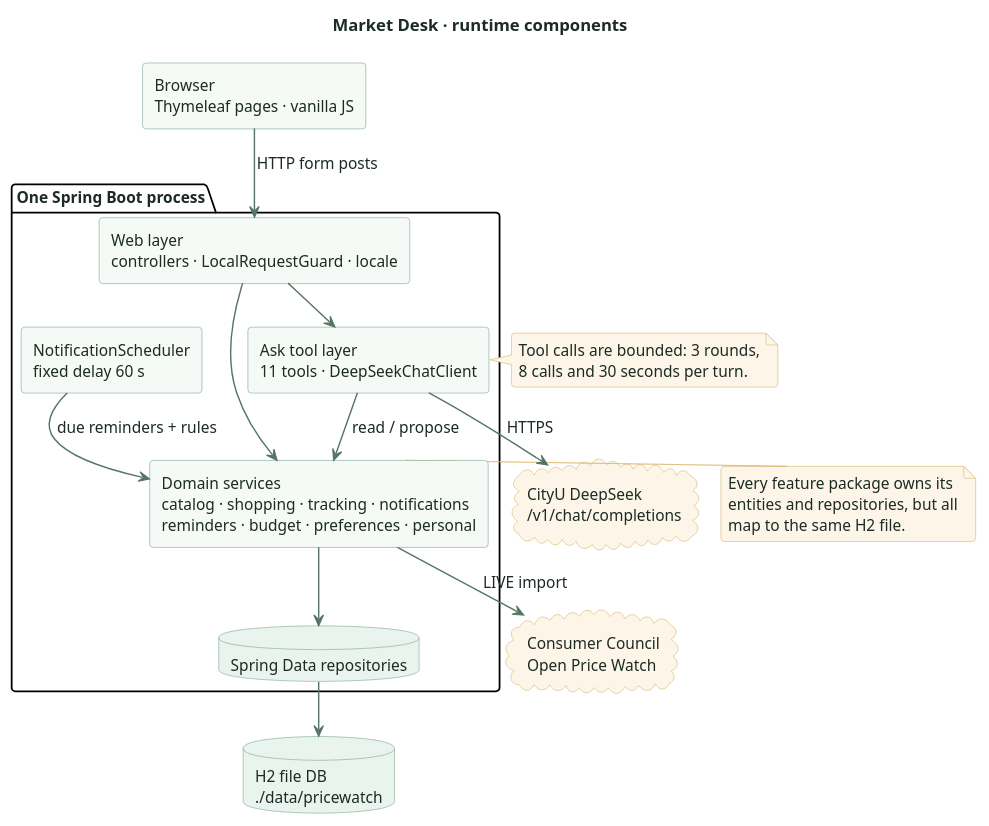
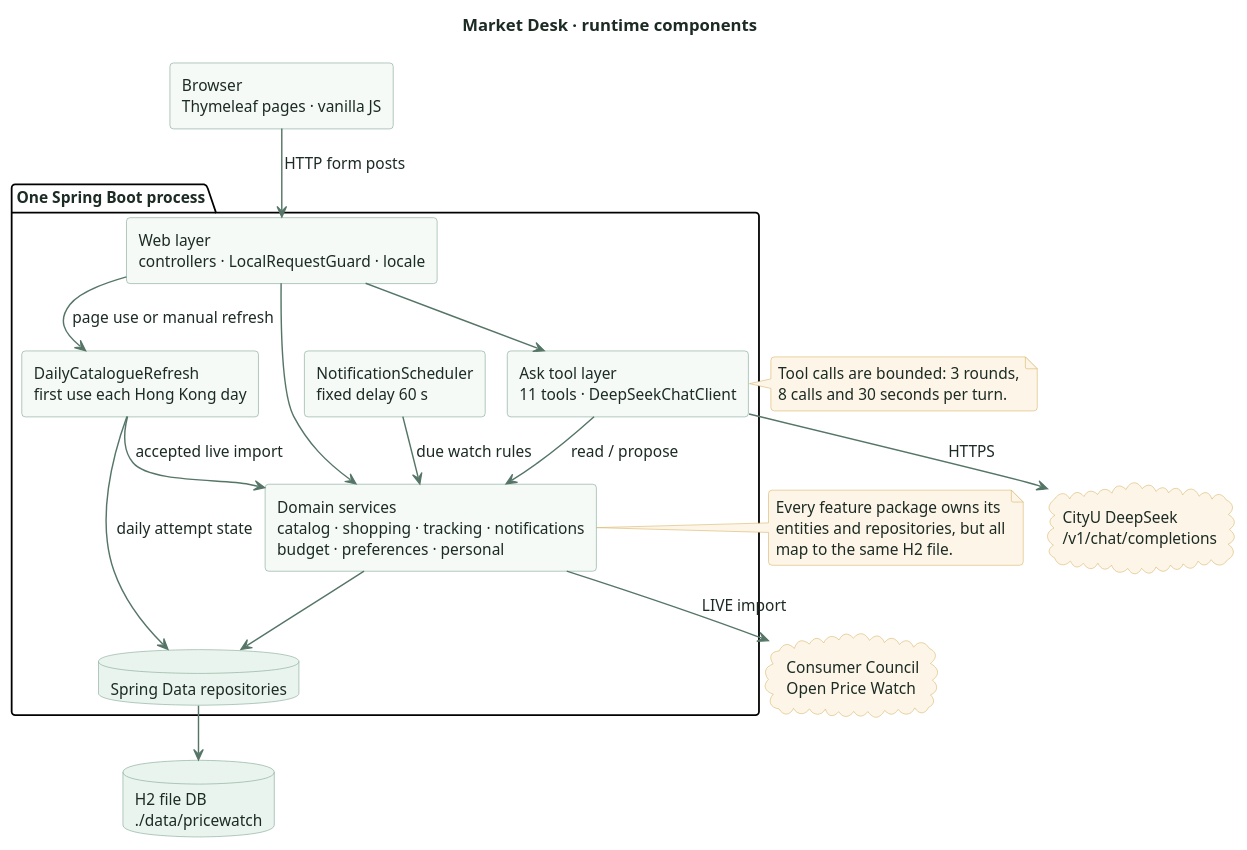
The diagram in docs/guide/system-guide/diagrams/component.puml (LamHeiKit230208993/CS3383-Project), drawn with PlantUML before and after one commit. The commit also changed 42 other files, not shown here.

```diff
--- a/docs/guide/system-guide/diagrams/component.puml
+++ b/docs/guide/system-guide/diagrams/component.puml
@@ -1,60 +1,64 @@
 @startuml
 top to bottom direction
 !pragma layout smetana
 skinparam backgroundColor transparent
 skinparam defaultFontName "Segoe UI"
 skinparam defaultFontSize 13
 skinparam defaultFontColor #1C2B24
 skinparam shadowing false
 skinparam roundcorner 6
 skinparam arrowColor #557567
 skinparam arrowThickness 1.2
 skinparam componentStyle rectangle
 skinparam componentBackgroundColor #F5FAF7
 skinparam componentBorderColor #7FA694
 skinparam componentFontColor #1C2B24
 skinparam databaseBackgroundColor #EAF4EE
 skinparam databaseBorderColor #7FA694
 skinparam cloudBackgroundColor #FDF6E8
 skinparam cloudBorderColor #D9B56A
 skinparam noteBackgroundColor #FDF6E8
 skinparam noteBorderColor #D9B56A
 
 title Market Desk · runtime components
 
 [Browser\nThymeleaf pages · vanilla JS] as UI
 
 package "One Spring Boot process" {
   [Web layer\ncontrollers · LocalRequestGuard · locale] as Web
-  [Domain services\ncatalog · shopping · tracking · notifications\nreminders · budget · preferences · personal] as Services
+  [Domain services\ncatalog · shopping · tracking · notifications\nbudget · preferences · personal] as Services
+  [DailyCatalogueRefresh\nfirst use each Hong Kong day] as Refresh
   [Ask tool layer\n11 tools · DeepSeekChatClient] as Ask
   [NotificationScheduler\nfixed delay 60 s] as Scheduler
   database "Spring Data repositories" as Repos
 }
 
 database "H2 file DB\n./data/pricewatch" as DB
 cloud "Consumer Council\nOpen Price Watch" as Feed
 cloud "CityU DeepSeek\n/v1/chat/completions" as LLM
 
 UI --> Web : HTTP form posts
 Web --> Services
 Web --> Ask
 Ask --> Services : read / propose
 Ask --> LLM : HTTPS
-Scheduler --> Services : due reminders + rules
+Scheduler --> Services : due watch rules
+Web --> Refresh : page use or manual refresh
+Refresh --> Services : accepted live import
+Refresh --> Repos : daily attempt state
 Services --> Repos
 Repos --> DB
 Services --> Feed : LIVE import
 
 note right of Services
   Every feature package owns its
   entities and repositories, but all
   map to the same H2 file.
 end note
 
 note left of Ask
   Tool calls are bounded: 3 rounds,
   8 calls and 30 seconds per turn.
 end note
 
 @enduml
```
